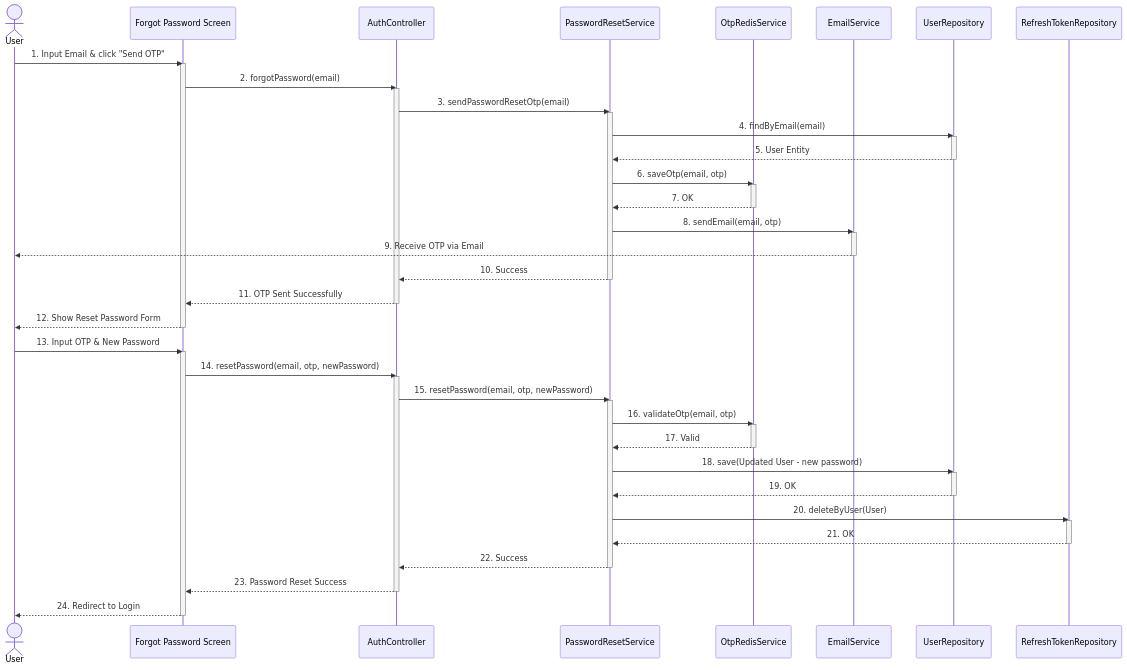
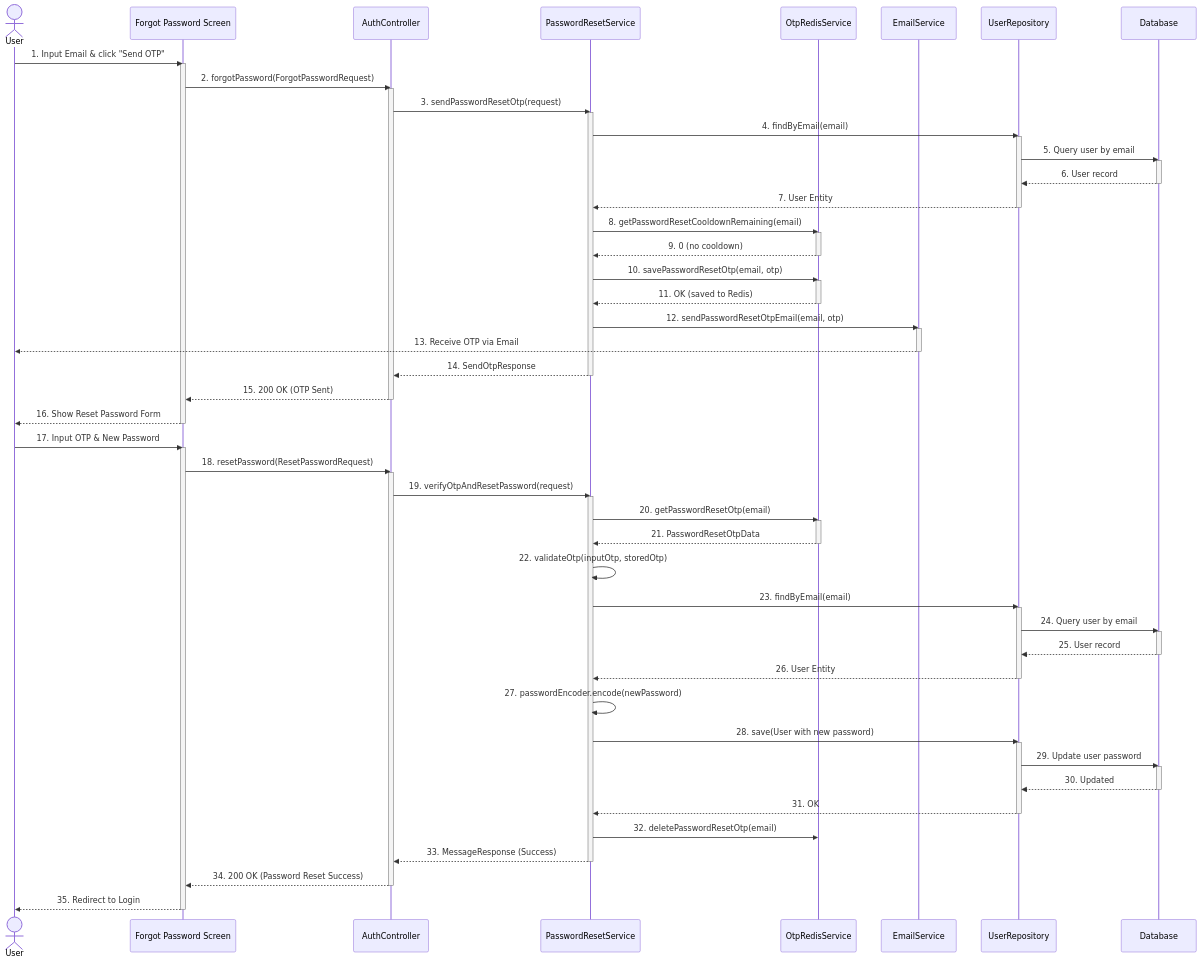
The tenth of 42 diagrams in docs-references/documentation/SDD/REPORT_4_SDD_SYSTEM_DESIGN.md (espresso23/Petties-Veterinary-Appointment-Booking-Platform), drawn with Mermaid before and after one commit. The commit also changed other lines of this file and 15 other files, not shown here.

````diff
--- a/docs-references/documentation/SDD/REPORT_4_SDD_SYSTEM_DESIGN.md
+++ b/docs-references/documentation/SDD/REPORT_4_SDD_SYSTEM_DESIGN.md
@@ -1050,61 +1229,80 @@
 ```mermaid
 sequenceDiagram
     actor User as User
     participant UI as Forgot Password Screen
     participant AC as AuthController
     participant PS as PasswordResetService
     participant ORS as OtpRedisService
     participant ES as EmailService
     participant UR as UserRepository
-    participant RTR as RefreshTokenRepository
+    participant DB as Database
 
     User->>UI: 1. Input Email & click "Send OTP"
     activate UI
-    UI->>AC: 2. forgotPassword(email)
+    UI->>AC: 2. forgotPassword(ForgotPasswordRequest)
     activate AC
-    AC->>PS: 3. sendPasswordResetOtp(email)
+    AC->>PS: 3. sendPasswordResetOtp(request)
     activate PS
     PS->>UR: 4. findByEmail(email)
     activate UR
-    UR-->>PS: 5. User Entity
+    UR->>DB: 5. Query user by email
+    activate DB
+    DB-->>UR: 6. User record
+    deactivate DB
+    UR-->>PS: 7. User Entity
     deactivate UR
-    PS->>ORS: 6. saveOtp(email, otp)
+    PS->>ORS: 8. getPasswordResetCooldownRemaining(email)
     activate ORS
-    ORS-->>PS: 7. OK
+    ORS-->>PS: 9. 0 (no cooldown)
     deactivate ORS
-    PS->>ES: 8. sendEmail(email, otp)
+    PS->>ORS: 10. savePasswordResetOtp(email, otp)
+    activate ORS
+    ORS-->>PS: 11. OK (saved to Redis)
+    deactivate ORS
+    PS->>ES: 12. sendPasswordResetOtpEmail(email, otp)
     activate ES
-    ES-->>User: 9. Receive OTP via Email
+    ES-->>User: 13. Receive OTP via Email
     deactivate ES
-    PS-->>AC: 10. Success
+    PS-->>AC: 14. SendOtpResponse
     deactivate PS
-    AC-->>UI: 11. OTP Sent Successfully
+    AC-->>UI: 15. 200 OK (OTP Sent)
     deactivate AC
-    UI-->>User: 12. Show Reset Password Form
+    UI-->>User: 16. Show Reset Password Form
     deactivate UI
 
-    User->>UI: 13. Input OTP & New Password
+    User->>UI: 17. Input OTP & New Password
     activate UI
-    UI->>AC: 14. resetPassword(email, otp, newPassword)
+    UI->>AC: 18. resetPassword(ResetPasswordRequest)
     activate AC
-    AC->>PS: 15. resetPassword(email, otp, newPassword)
+    AC->>PS: 19. verifyOtpAndResetPassword(request)
     activate PS
-    PS->>ORS: 16. validateOtp(email, otp)
+    PS->>ORS: 20. getPasswordResetOtp(email)
     activate ORS
-    ORS-->>PS: 17. Valid
+    ORS-->>PS: 21. PasswordResetOtpData
     deactivate ORS
-    PS->>UR: 18. save(Updated User - new password)
+    PS->>PS: 22. validateOtp(inputOtp, storedOtp)
+    PS->>UR: 23. findByEmail(email)
     activate UR
-    UR-->>PS: 19. OK
+    UR->>DB: 24. Query user by email
+    activate DB
+    DB-->>UR: 25. User record
+    deactivate DB
+    UR-->>PS: 26. User Entity
     deactivate UR
-    PS->>RTR: 20. deleteByUser(User)
-    activate RTR
-    RTR-->>PS: 21. OK
-    deactivate RTR
-    PS-->>AC: 22. Success
+    PS->>PS: 27. passwordEncoder.encode(newPassword)
+    PS->>UR: 28. save(User with new password)
+    activate UR
+    UR->>DB: 29. Update user password
+    activate DB
+    DB-->>UR: 30. Updated
+    deactivate DB
+    UR-->>PS: 31. OK
+    deactivate UR
+    PS->>ORS: 32. deletePasswordResetOtp(email)
+    PS-->>AC: 33. MessageResponse (Success)
     deactivate PS
-    AC-->>UI: 23. Password Reset Success
+    AC-->>UI: 34. 200 OK (Password Reset Success)
     deactivate AC
-    UI-->>User: 24. Redirect to Login
+    UI-->>User: 35. Redirect to Login
     deactivate UI
 ```
````
